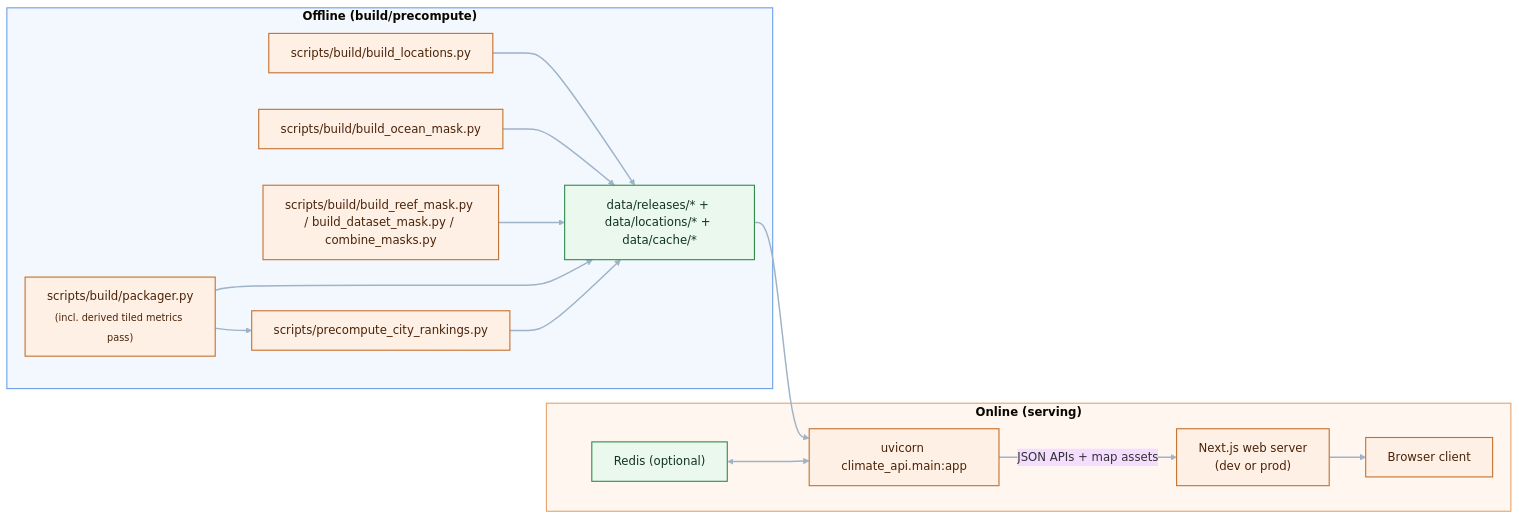
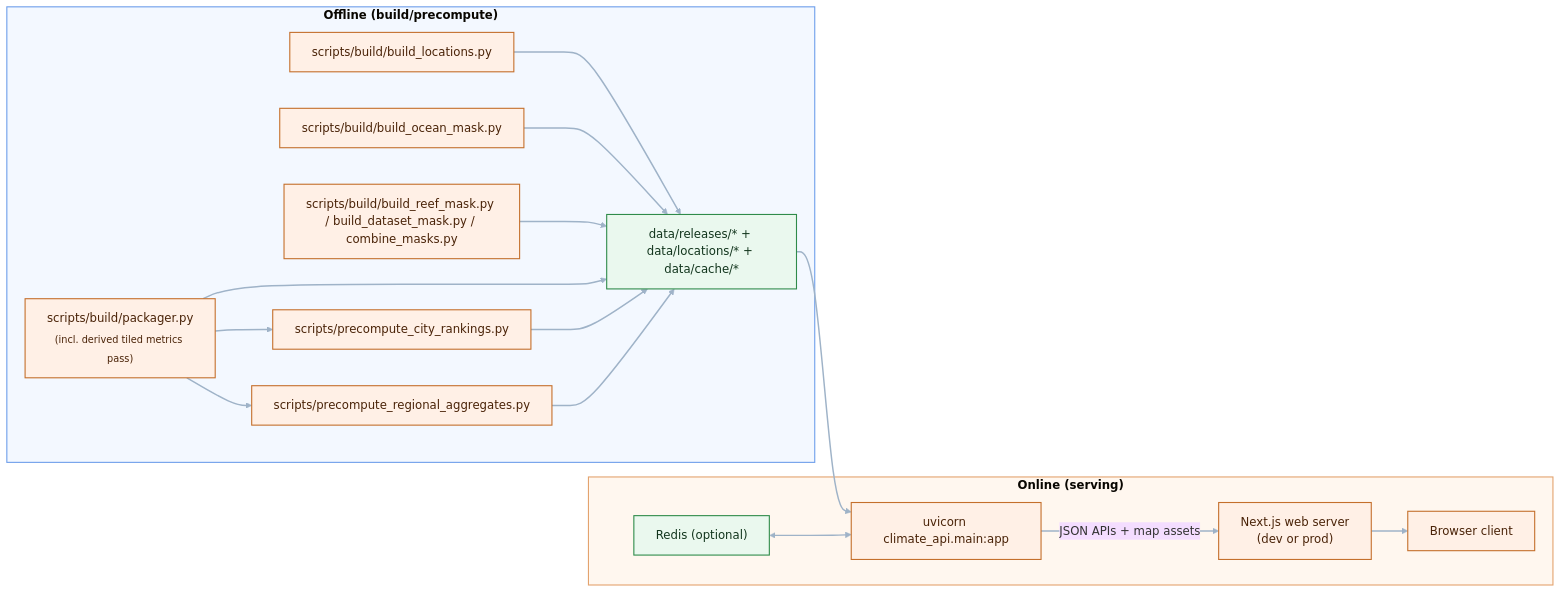
One commit to climate-you/climate changed the fourth of 4 diagrams in docs/project_pipeline_diagrams.md. Above: the diagram before and after it, drawn with Mermaid. The commit also changed other lines of this file and 23 other files, not shown here.

````diff
--- a/docs/project_pipeline_diagrams.md
+++ b/docs/project_pipeline_diagrams.md
@@ -149,42 +152,45 @@
 ```mermaid
 %%{init: {'theme':'base','themeCSS': '.cluster-label text {font-size: 30px !important; font-weight: 800 !important; fill: #E5EDF7 !important;}'} }%%
 flowchart LR
   subgraph OFF["<b>Offline (build/precompute)</b>"]
     B1["scripts/build/build_locations.py"]
     B2["scripts/build/build_ocean_mask.py"]
     B3["scripts/build/build_reef_mask.py / build_dataset_mask.py / combine_masks.py"]
     B4["scripts/build/packager.py<br/><sub>(incl. derived tiled metrics pass)</sub>"]
     B5["scripts/precompute_city_rankings.py"]
+    B6["scripts/precompute_regional_aggregates.py"]
     STORE["data/releases/* + data/locations/* + data/cache/*"]
   end
 
   subgraph ON["<b>Online (serving)</b>"]
     U["uvicorn climate_api.main:app"]
     RC["Redis (optional)"]
     N["Next.js web server<br/>(dev or prod)"]
     C["Browser client"]
   end
 
   B1 --> STORE
   B2 --> STORE
   B3 --> STORE
   B4 --> B5
   B4 --> STORE
+  B4 --> B6
   B5 --> STORE
+  B6 --> STORE
 
   STORE --> U
   RC <--> U
   U -->|"JSON APIs + map assets"| N
   N --> C
 
   classDef data fill:#EAF8EE,stroke:#2F8B4A,color:#12351D,stroke-width:1.5px;
   classDef app fill:#FFF0E6,stroke:#C46F2B,color:#4A2308,stroke-width:1.5px;
 
   class STORE,RC data;
-  class B1,B2,B3,B4,B5,U,N,C app;
+  class B1,B2,B3,B4,B5,B6,U,N,C app;
 
   style OFF fill:#F3F8FF,stroke:#6D9EEB,stroke-width:1.5px;
   style ON fill:#FFF7EF,stroke:#E3A36E,stroke-width:1.5px;
 
   linkStyle default stroke:#9FB3C8,stroke-width:2px;
 ```
````
